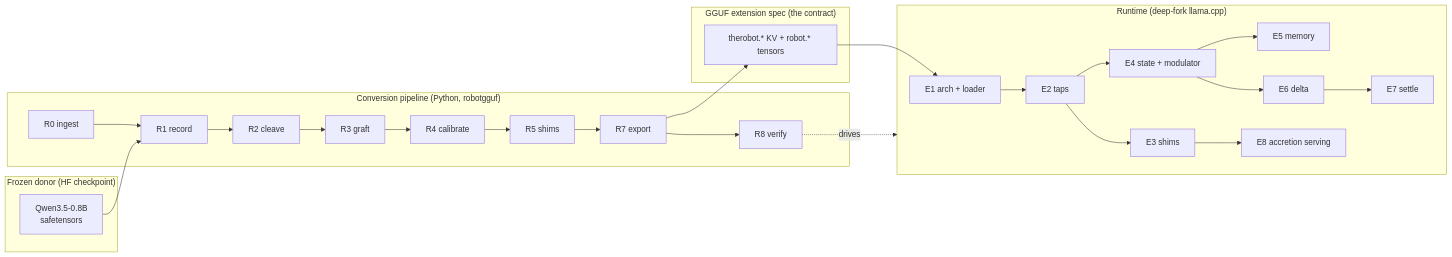
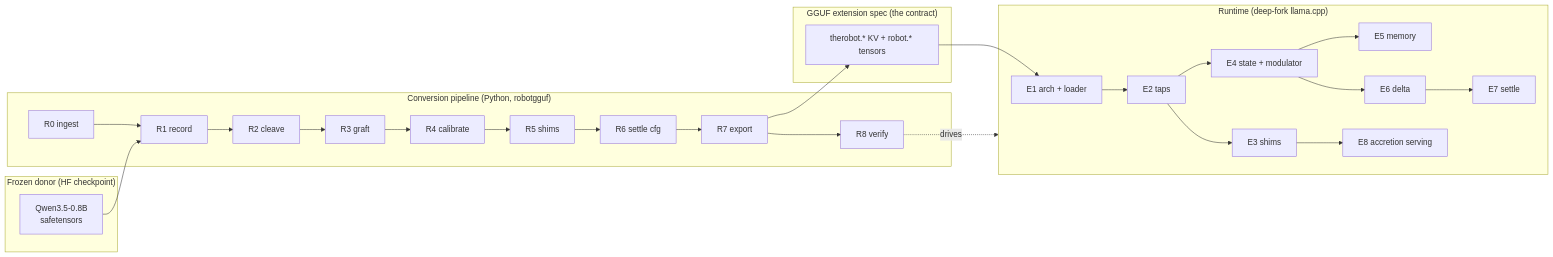
One commit to the-robot-lives/claude-assist changed the first of 8 diagrams in projects/therobotgguf/overview.md. Above: the diagram before and after it, drawn with Mermaid. The commit also changed other lines of this file and 24 other files, not shown here.

````diff
--- a/projects/therobotgguf/overview.md
+++ b/projects/therobotgguf/overview.md
@@ -183,24 +190,24 @@
 ```mermaid
 flowchart LR
     subgraph HF["Frozen donor (HF checkpoint)"]
         D[Qwen3.5-0.8B<br/>safetensors]
     end
     subgraph C["Conversion pipeline (Python, robotgguf)"]
         R0[R0 ingest] --> R1[R1 record] --> R2[R2 cleave]
         R2 --> R3[R3 graft] --> R4[R4 calibrate] --> R5[R5 shims]
-        R5 --> R7[R7 export] --> R8[R8 verify]
+        R5 --> R6[R6 settle cfg] --> R7[R7 export] --> R8[R8 verify]
     end
     subgraph SPEC["GGUF extension spec (the contract)"]
         M["therobot.* KV + robot.* tensors"]
     end
     subgraph RT["Runtime (deep-fork llama.cpp)"]
         E1[E1 arch + loader] --> E2[E2 taps] --> E3[E3 shims]
         E2 --> E4[E4 state + modulator] --> E5[E5 memory]
         E4 --> E6[E6 delta] --> E7[E7 settle]
         E3 --> E8[E8 accretion serving]
     end
     D --> R1
     R7 --> M
     M --> E1
     R8 -. drives .-> RT
 ```
````
